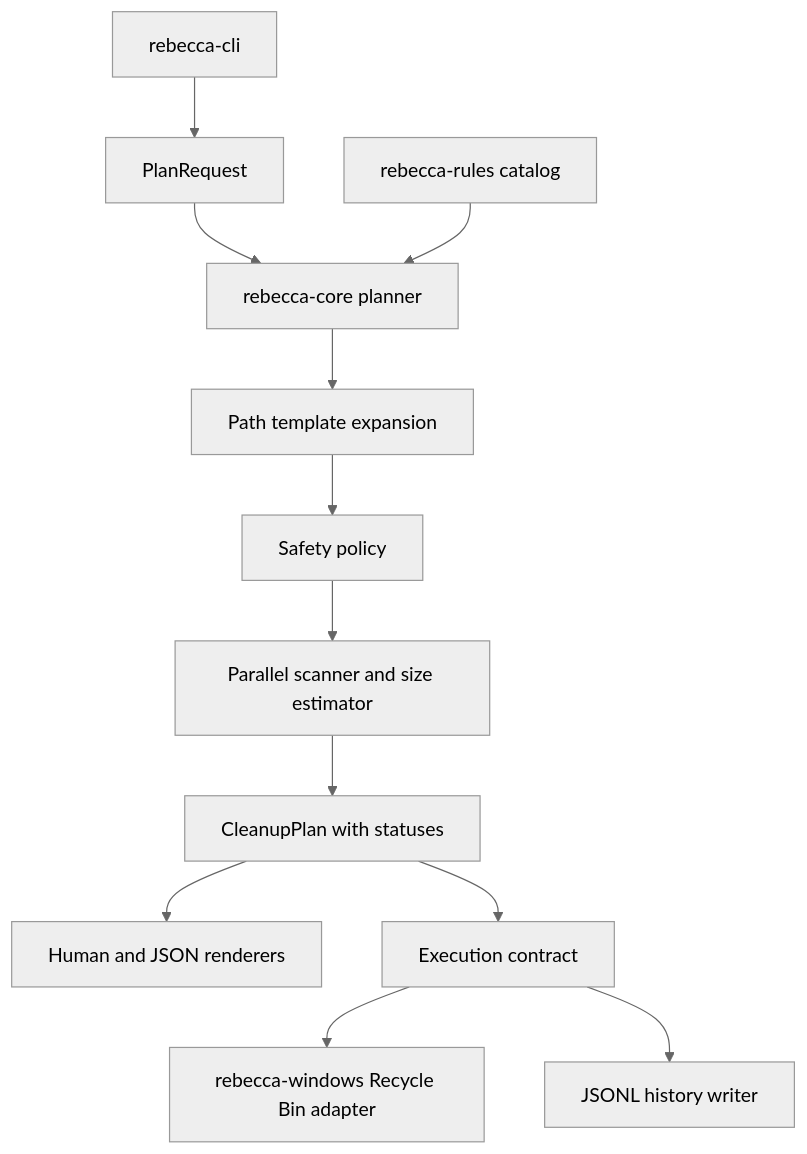
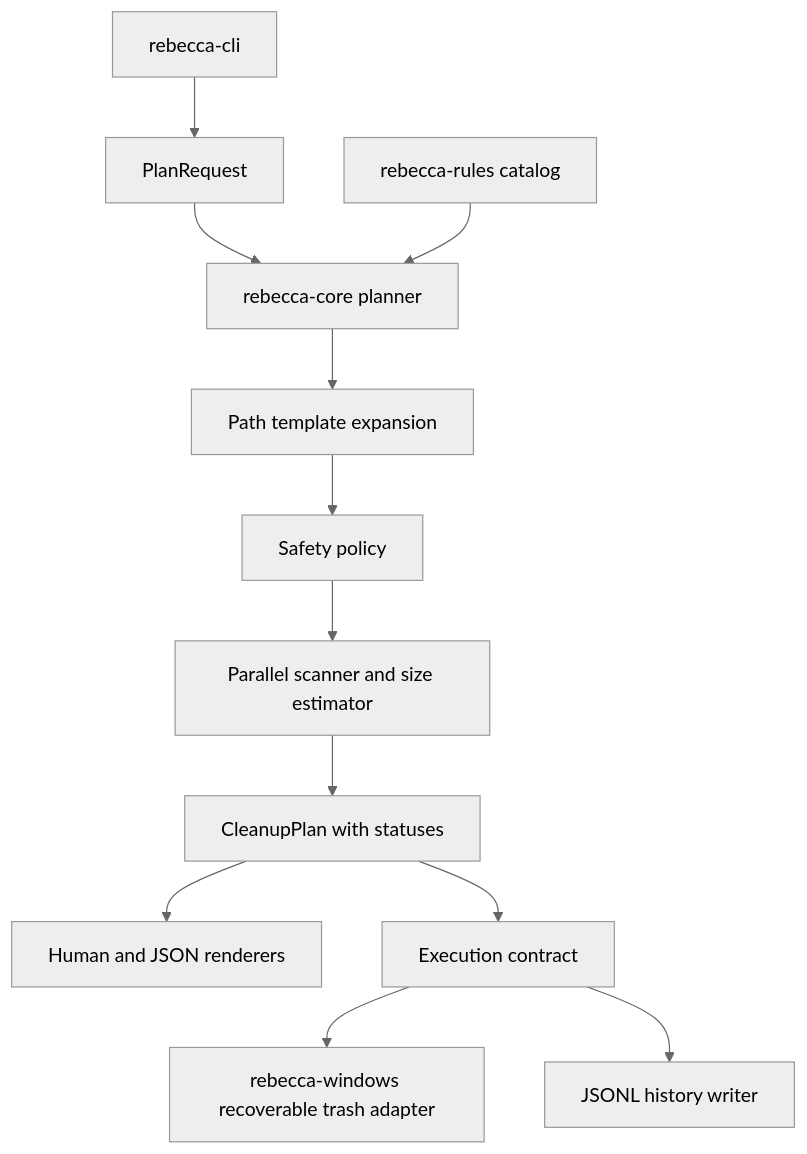
The first of 2 diagrams in docs/plans/2026-06-23-001-feat-windows-cleanup-mvp-plan.md (Latias94/rebecca), drawn with Mermaid (neutral theme) before and after one commit. The commit also changed other lines of this file and 67 other files, not shown here.

````diff
--- a/docs/plans/2026-06-23-001-feat-windows-cleanup-mvp-plan.md
+++ b/docs/plans/2026-06-23-001-feat-windows-cleanup-mvp-plan.md
@@ -77,14 +77,14 @@
 ```mermaid
 flowchart TB
   CLI[rebecca-cli] --> Request[PlanRequest]
   Request --> Core[rebecca-core planner]
   Rules[rebecca-rules catalog] --> Core
   Core --> Expand[Path template expansion]
   Expand --> Safety[Safety policy]
   Safety --> Scanner[Parallel scanner and size estimator]
   Scanner --> Plan[CleanupPlan with statuses]
   Plan --> Render[Human and JSON renderers]
   Plan --> Executor[Execution contract]
-  Executor --> Windows[rebecca-windows Recycle Bin adapter]
+  Executor --> Windows[rebecca-windows recoverable trash adapter]
   Executor --> History[JSONL history writer]
 ```
````
